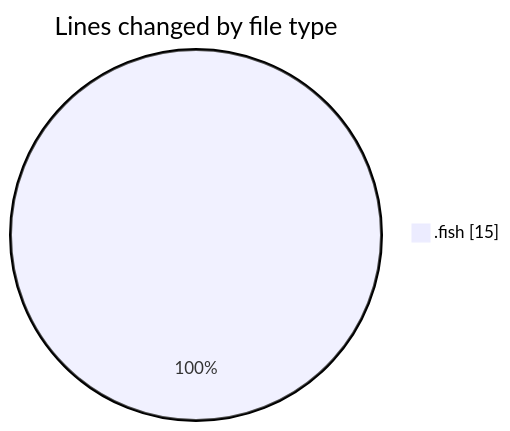
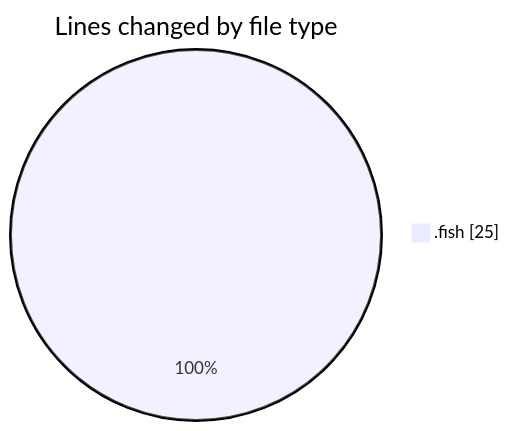
Before and after one commit to EIIisD/code-tracking: the first of 2 diagrams in 2025-07-11/_config/README.md, drawn with Mermaid. The commit also changed other lines of this file and 1 other file, not shown here.

````diff
--- a/2025-07-11/_config/README.md
+++ b/2025-07-11/_config/README.md
@@ -20,5 +20,5 @@
 ```mermaid
 pie showData
 title Lines changed by file type
-".fish" : 15
+".fish" : 25
 ```
````
